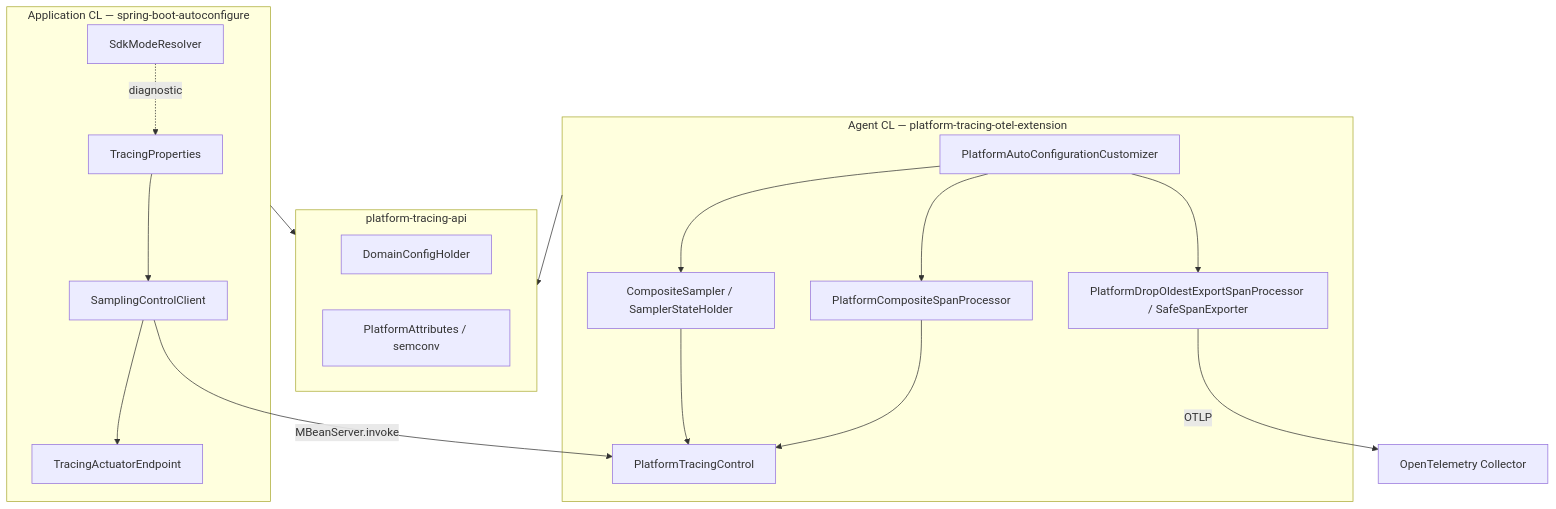
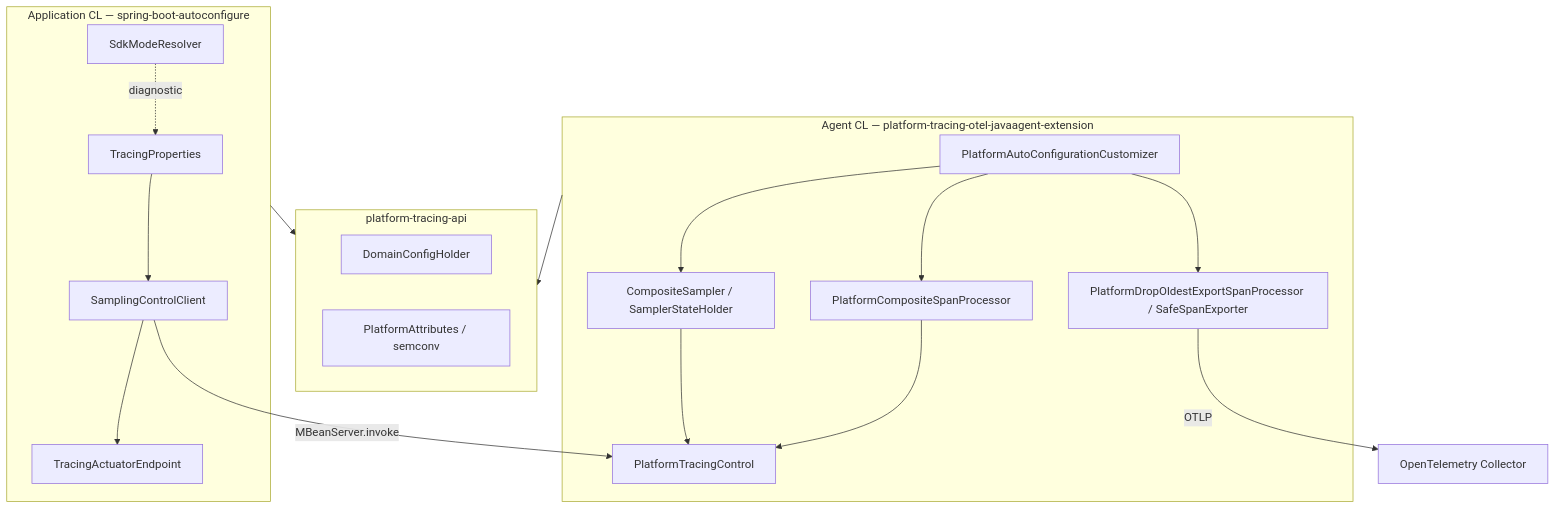
Before and after one commit to andrew3008/EnglishDictionary: the first of 13 diagrams in docs/architecture/platform-tracing-architecture-options.md, drawn with Mermaid. The commit also changed other lines of this file and 397 other files, not shown here.

Commit message:
refactor(tracing): rename extension artifact to javaagent extension

````diff
--- a/docs/architecture/platform-tracing-architecture-options.md
+++ b/docs/architecture/platform-tracing-architecture-options.md
@@ -74,31 +74,31 @@
 ```mermaid
 flowchart TB
-  subgraph agentCL ["Agent CL — platform-tracing-otel-extension"]
+  subgraph agentCL ["Agent CL — platform-tracing-otel-javaagent-extension"]
     PAC["PlatformAutoConfigurationCustomizer"]
     CS["CompositeSampler / SamplerStateHolder"]
     PCP["PlatformCompositeSpanProcessor"]
     EXP["PlatformDropOldestExportSpanProcessor / SafeSpanExporter"]
     JMX["PlatformTracingControl"]
     PAC --> CS & PCP & EXP
     CS & PCP --> JMX
   end
 
   subgraph appCL ["Application CL — spring-boot-autoconfigure"]
     TP["TracingProperties"]
     SCC["SamplingControlClient"]
     TAE["TracingActuatorEndpoint"]
     SMR["SdkModeResolver"]
     TP --> SCC --> TAE
     SMR -.->|"diagnostic"| TP
   end
 
   subgraph api ["platform-tracing-api"]
     DCH["DomainConfigHolder"]
     PA["PlatformAttributes / semconv"]
   end
 
   SCC -->|"MBeanServer.invoke"| JMX
   agentCL --> api
   appCL --> api
   EXP -->|"OTLP"| COL["OpenTelemetry Collector"]
 ```
````
